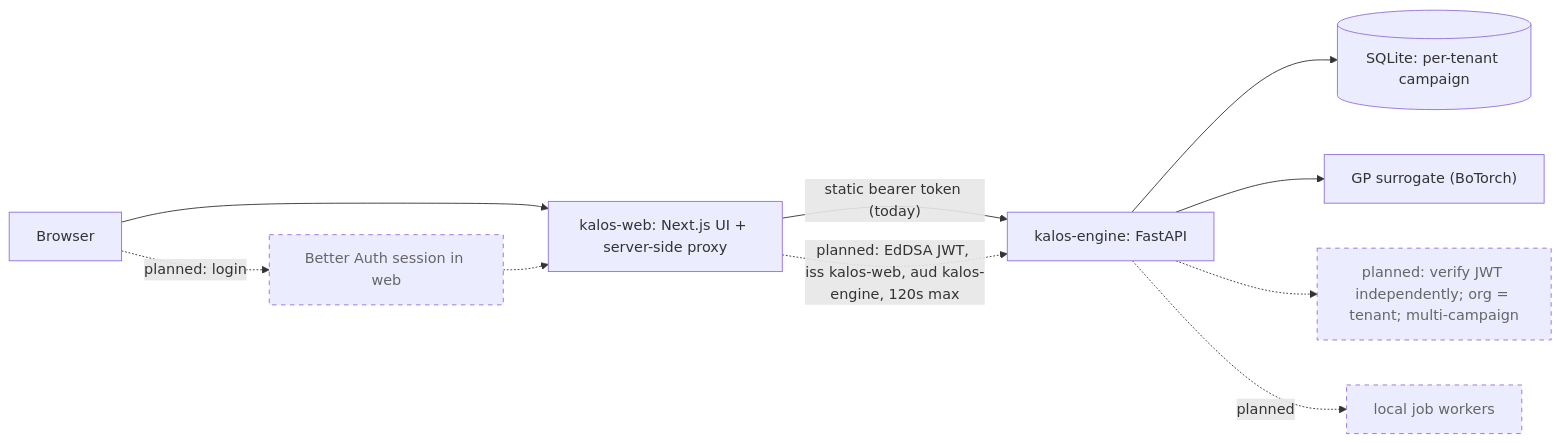
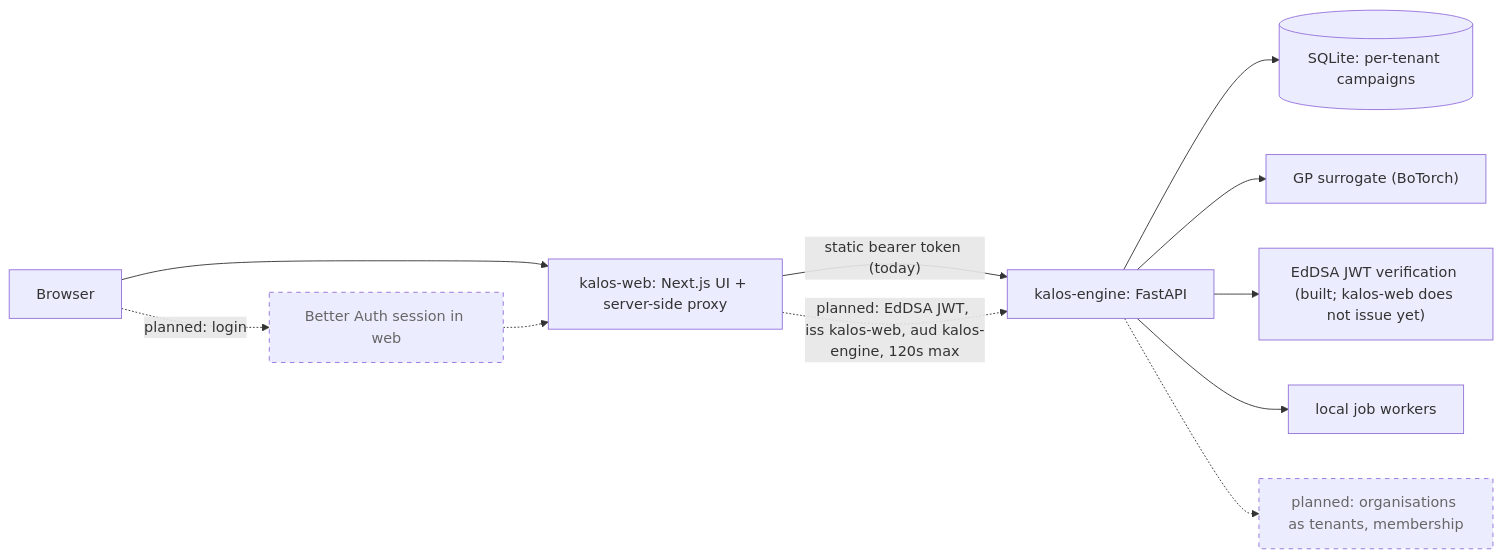
One commit to itsbrendandang/kalos-engine changed the diagram in README.md. Above: the diagram before and after it, drawn with Mermaid. The commit also changed other lines of this file and 6 other files, not shown here.

````diff
--- a/README.md
+++ b/README.md
@@ -69,14 +69,15 @@
 ```mermaid
 flowchart LR
   B[Browser] --> W["kalos-web: Next.js UI + server-side proxy"]
   W -->|"static bearer token (today)"| E["kalos-engine: FastAPI"]
-  E --> S[("SQLite: per-tenant campaign")]
+  E --> S[("SQLite: per-tenant campaigns")]
   E --> M["GP surrogate (BoTorch)"]
+  E --> V["EdDSA JWT verification (built; kalos-web does not issue yet)"]
+  E --> J["local job workers"]
   B -.->|"planned: login"| A["Better Auth session in web"]
   A -.-> W
   W -.->|"planned: EdDSA JWT, iss kalos-web, aud kalos-engine, 120s max"| E
-  E -.-> V["planned: verify JWT independently; org = tenant; multi-campaign"]
-  E -.->|"planned"| J["local job workers"]
+  E -.-> O["planned: organisations as tenants, membership"]
   classDef planned stroke-dasharray: 5 5,color:#666;
-  class A,J,V planned;
+  class A,O planned;
 ```
````
